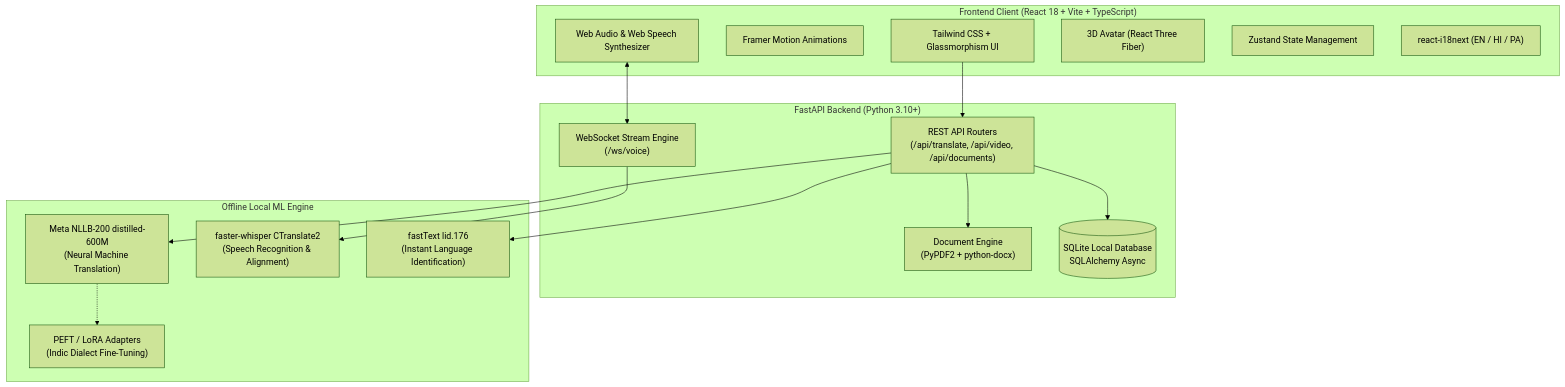
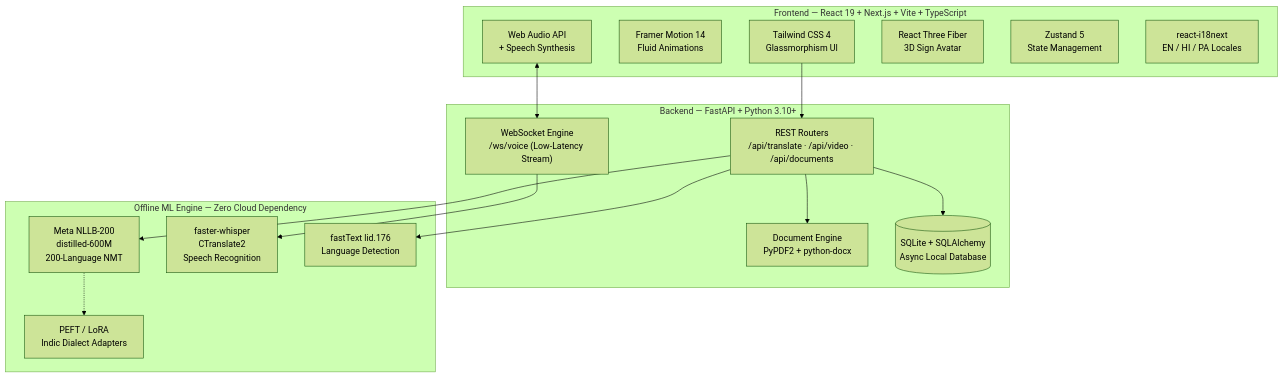
Before and after one commit to vivek-ash/LinguaBridge: the diagram in README.md, drawn with Mermaid (forest theme). The commit also changed other lines of this file, not shown here.

Commit message:
docs: Redesigned enterprise-grade README with complete tech stack, architecture diagram, and badges

````diff
--- a/README.md
+++ b/README.md
@@ -53,34 +136,34 @@
 ```mermaid
 graph TB
-    subgraph Client ["Frontend Client (React 18 + Vite + TypeScript)"]
-        UI["Tailwind CSS + Glassmorphism UI"]
-        Framer["Framer Motion Animations"]
-        AudioEngine["Web Audio & Web Speech Synthesizer"]
-        R3F["3D Avatar (React Three Fiber)"]
-        Store["Zustand State Management"]
-        i18n["react-i18next (EN / HI / PA)"]
+    subgraph Client ["Frontend — React 19 + Next.js + Vite + TypeScript"]
+        UI["Tailwind CSS 4<br/>Glassmorphism UI"]
+        Framer["Framer Motion 14<br/>Fluid Animations"]
+        Audio["Web Audio API<br/>+ Speech Synthesis"]
+        R3F["React Three Fiber<br/>3D Sign Avatar"]
+        Store["Zustand 5<br/>State Management"]
+        I18N["react-i18next<br/>EN / HI / PA Locales"]
     end
 
-    subgraph Server ["FastAPI Backend (Python 3.10+)"]
-        Router["REST API Routers<br/>(/api/translate, /api/video, /api/documents)"]
-        WS["WebSocket Stream Engine<br/>(/ws/voice)"]
-        DocService["Document Engine<br/>(PyPDF2 + python-docx)"]
-        DB[(SQLite Local Database<br/>SQLAlchemy Async)]
+    subgraph Server ["Backend — FastAPI + Python 3.10+"]
+        API["REST Routers<br/>/api/translate · /api/video · /api/documents"]
+        WS["WebSocket Engine<br/>/ws/voice (Low-Latency Stream)"]
+        DocSvc["Document Engine<br/>PyPDF2 + python-docx"]
+        DB[("SQLite + SQLAlchemy<br/>Async Local Database")]
     end
 
-    subgraph Models ["Offline Local ML Engine"]
-        NLLB["Meta NLLB-200 distilled-600M<br/>(Neural Machine Translation)"]
-        Whisper["faster-whisper CTranslate2<br/>(Speech Recognition & Alignment)"]
-        FastText["fastText lid.176<br/>(Instant Language Identification)"]
-        LoRA["PEFT / LoRA Adapters<br/>(Indic Dialect Fine-Tuning)"]
+    subgraph ML ["Offline ML Engine — Zero Cloud Dependency"]
+        NLLB["Meta NLLB-200<br/>distilled-600M<br/>200-Language NMT"]
+        Whisper["faster-whisper<br/>CTranslate2<br/>Speech Recognition"]
+        FT["fastText lid.176<br/>Language Detection"]
+        LoRA["PEFT / LoRA<br/>Indic Dialect Adapters"]
     end
 
-    UI --> Router
-    AudioEngine <--> WS
-    Router --> DocService
-    Router --> DB
+    UI --> API
+    Audio <--> WS
+    API --> DocSvc
+    API --> DB
     WS --> Whisper
-    Router --> NLLB
-    Router --> FastText
+    API --> NLLB
+    API --> FT
     NLLB -.-> LoRA
 ```
````
